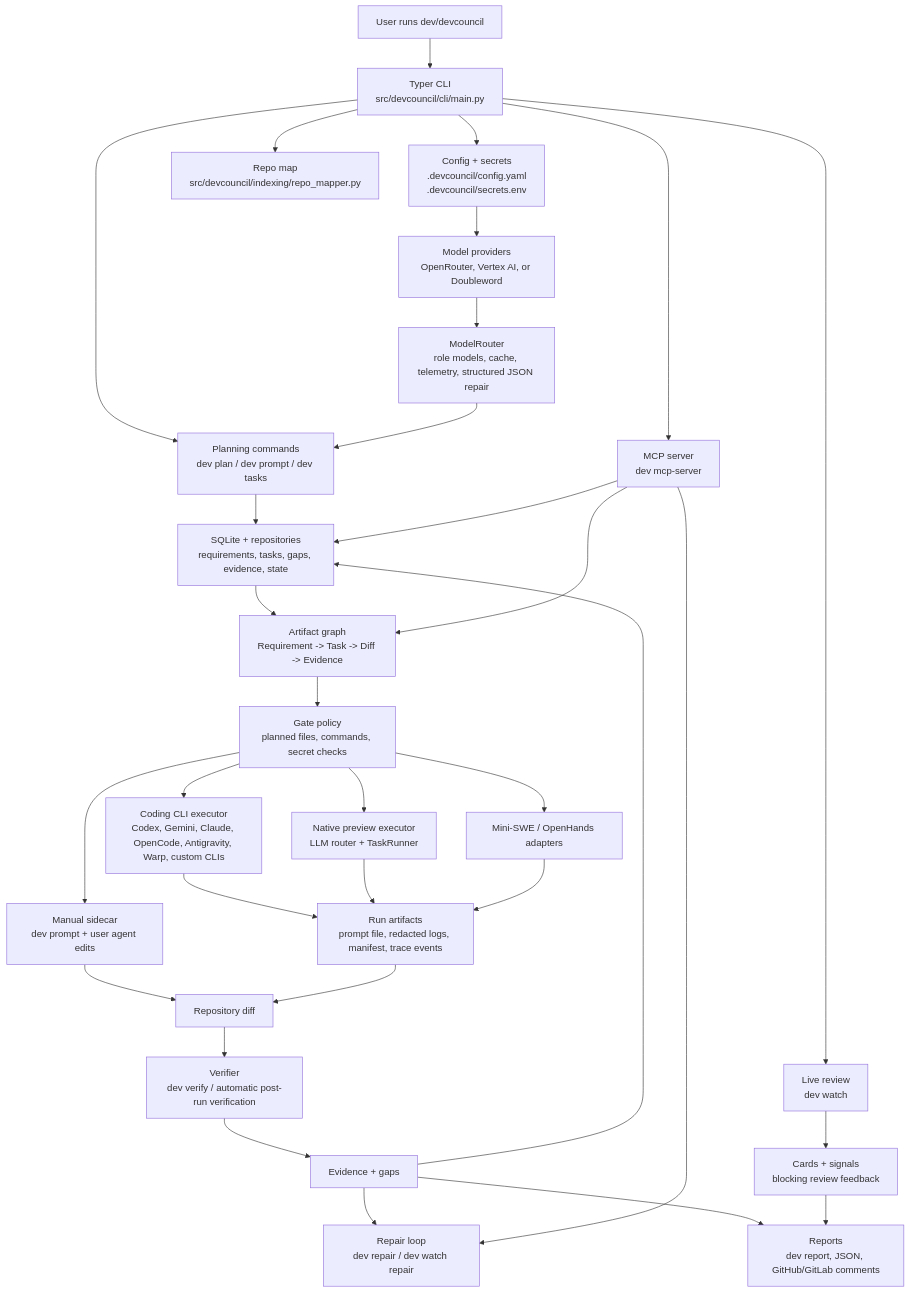
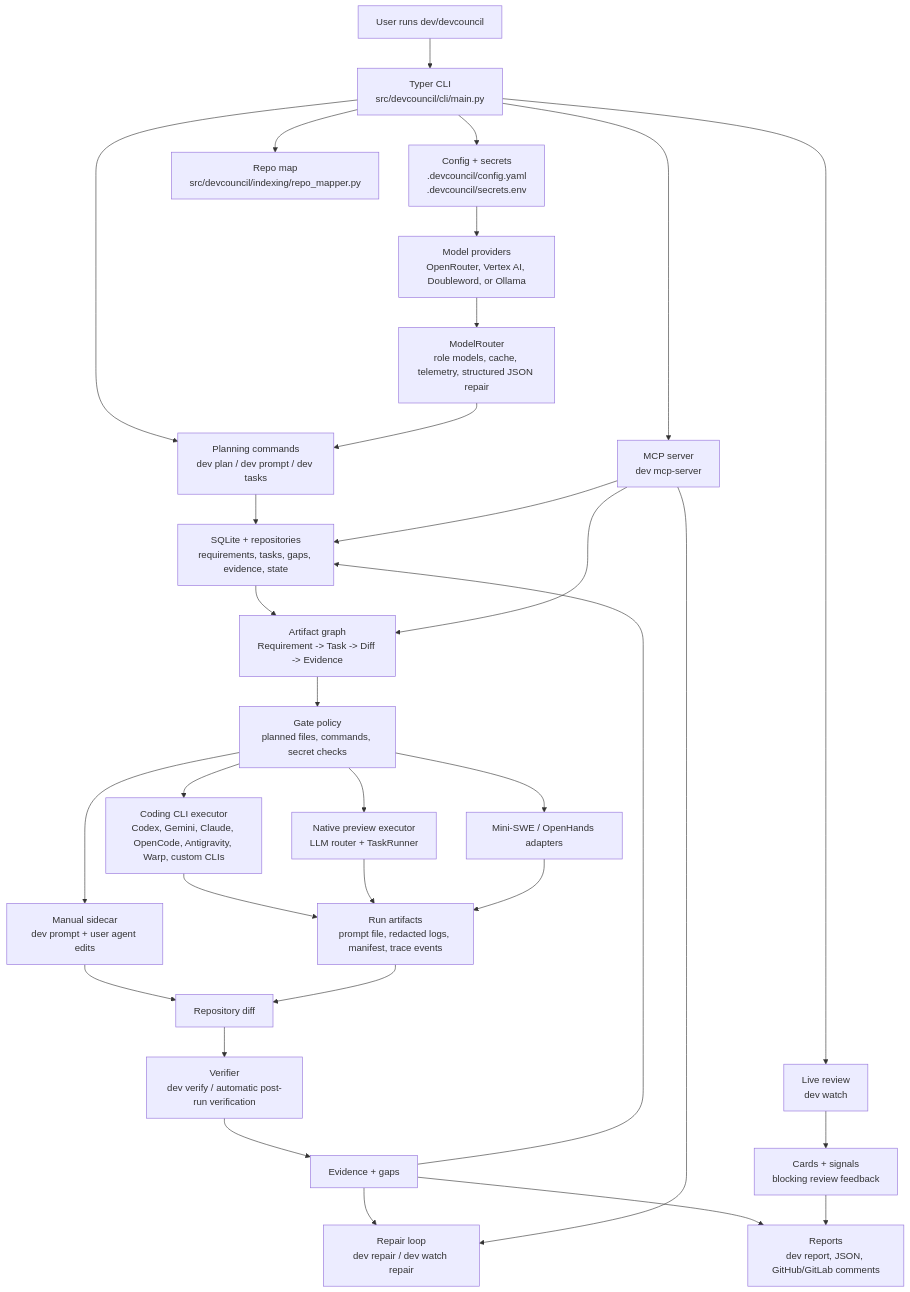
One commit to bharathvbcr/DevCouncil changed the diagram in README.md. Above: the diagram before and after it, drawn with Mermaid. The commit also changed other lines of this file and 11 other files, not shown here.

````diff
--- a/README.md
+++ b/README.md
@@ -240,41 +240,41 @@
 ```mermaid
 flowchart TD
     user["User runs dev/devcouncil"] --> cli["Typer CLI\nsrc/devcouncil/cli/main.py"]
     cli --> config["Config + secrets\n.devcouncil/config.yaml\n.devcouncil/secrets.env"]
     cli --> map["Repo map\nsrc/devcouncil/indexing/repo_mapper.py"]
     cli --> planning["Planning commands\ndev plan / dev prompt / dev tasks"]
 
-    config --> providers["Model providers\nOpenRouter, Vertex AI, or Doubleword"]
+    config --> providers["Model providers\nOpenRouter, Vertex AI, Doubleword, or Ollama"]
     providers --> router["ModelRouter\nrole models, cache, telemetry, structured JSON repair"]
     router --> planning
 
     planning --> storage["SQLite + repositories\nrequirements, tasks, gaps, evidence, state"]
     storage --> artifactGraph["Artifact graph\nRequirement -> Task -> Diff -> Evidence"]
     artifactGraph --> gates["Gate policy\nplanned files, commands, secret checks"]
 
     gates --> manual["Manual sidecar\ndev prompt + user agent edits"]
     gates --> coding["Coding CLI executor\nCodex, Gemini, Claude, OpenCode, Antigravity, Warp, custom CLIs"]
     gates --> native["Native preview executor\nLLM router + TaskRunner"]
     gates --> external["Mini-SWE / OpenHands adapters"]
 
     coding --> runlog["Run artifacts\nprompt file, redacted logs, manifest, trace events"]
     native --> runlog
     external --> runlog
     manual --> diff["Repository diff"]
     runlog --> diff
 
     diff --> verify["Verifier\ndev verify / automatic post-run verification"]
     verify --> evidence["Evidence + gaps"]
     evidence --> storage
     evidence --> repair["Repair loop\ndev repair / dev watch repair"]
     evidence --> report["Reports\ndev report, JSON, GitHub/GitLab comments"]
 
     cli --> mcp["MCP server\ndev mcp-server"]
     mcp --> storage
     mcp --> artifactGraph
     mcp --> repair
 
     cli --> live["Live review\ndev watch"]
     live --> cards["Cards + signals\nblocking review feedback"]
     cards --> report
 ```
````
